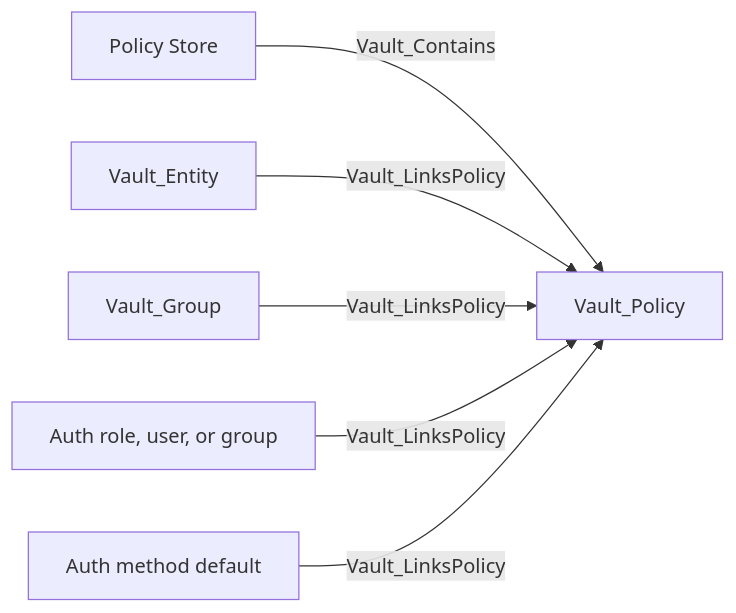
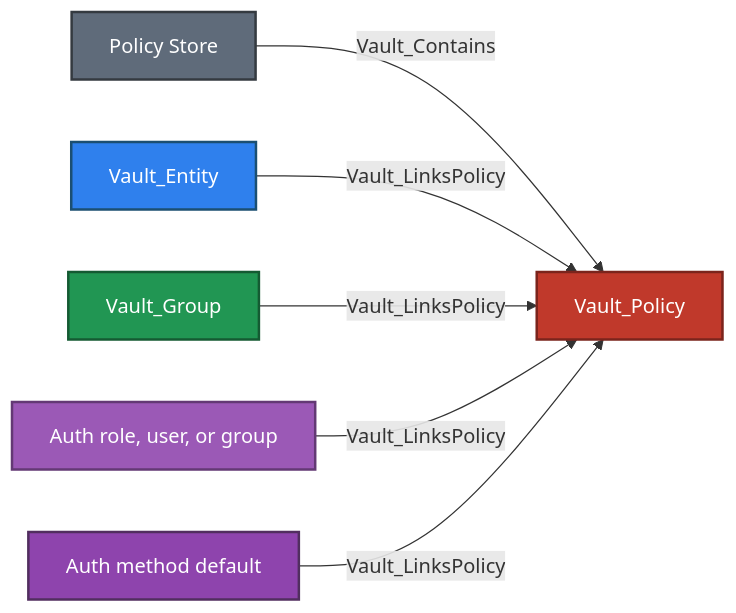
Before and after one commit to bytewreck/opengraph-vault: the second of 6 diagrams in Documentation/stores/POLICIES.md, drawn with Mermaid. The commit also changed other lines of this file and 4 other files, not shown here.

````diff
--- a/Documentation/stores/POLICIES.md
+++ b/Documentation/stores/POLICIES.md
@@ -34,8 +40,15 @@
 ```mermaid
 flowchart LR
-    store[Policy Store] -->|Vault_Contains| policy[Vault_Policy]
-    entity[Vault_Entity] -->|Vault_LinksPolicy| policy
-    group[Vault_Group] -->|Vault_LinksPolicy| policy
-    role[Auth role, user, or group] -->|Vault_LinksPolicy| policy
-    method[Auth method default] -->|Vault_LinksPolicy| policy
+    store[Policy Store]:::storeNode -->|Vault_Contains| policy[Vault_Policy]:::policyNode
+    entity[Vault_Entity]:::entityNode -->|Vault_LinksPolicy| policy
+    group[Vault_Group]:::groupNode -->|Vault_LinksPolicy| policy
+    role[Auth role, user, or group]:::authObjectNode -->|Vault_LinksPolicy| policy
+    method[Auth method default]:::authMethodNode -->|Vault_LinksPolicy| policy
+
+    classDef storeNode fill:#5F6B7A,color:#fff,stroke:#343A40,stroke-width:2px
+    classDef policyNode fill:#C0392B,color:#fff,stroke:#7B241C,stroke-width:2px
+    classDef entityNode fill:#2F80ED,color:#fff,stroke:#1B4F72,stroke-width:2px
+    classDef groupNode fill:#219653,color:#fff,stroke:#145A32,stroke-width:2px
+    classDef authObjectNode fill:#9B59B6,color:#fff,stroke:#633974,stroke-width:2px
+    classDef authMethodNode fill:#8E44AD,color:#fff,stroke:#512E5F,stroke-width:2px
 ```
````
